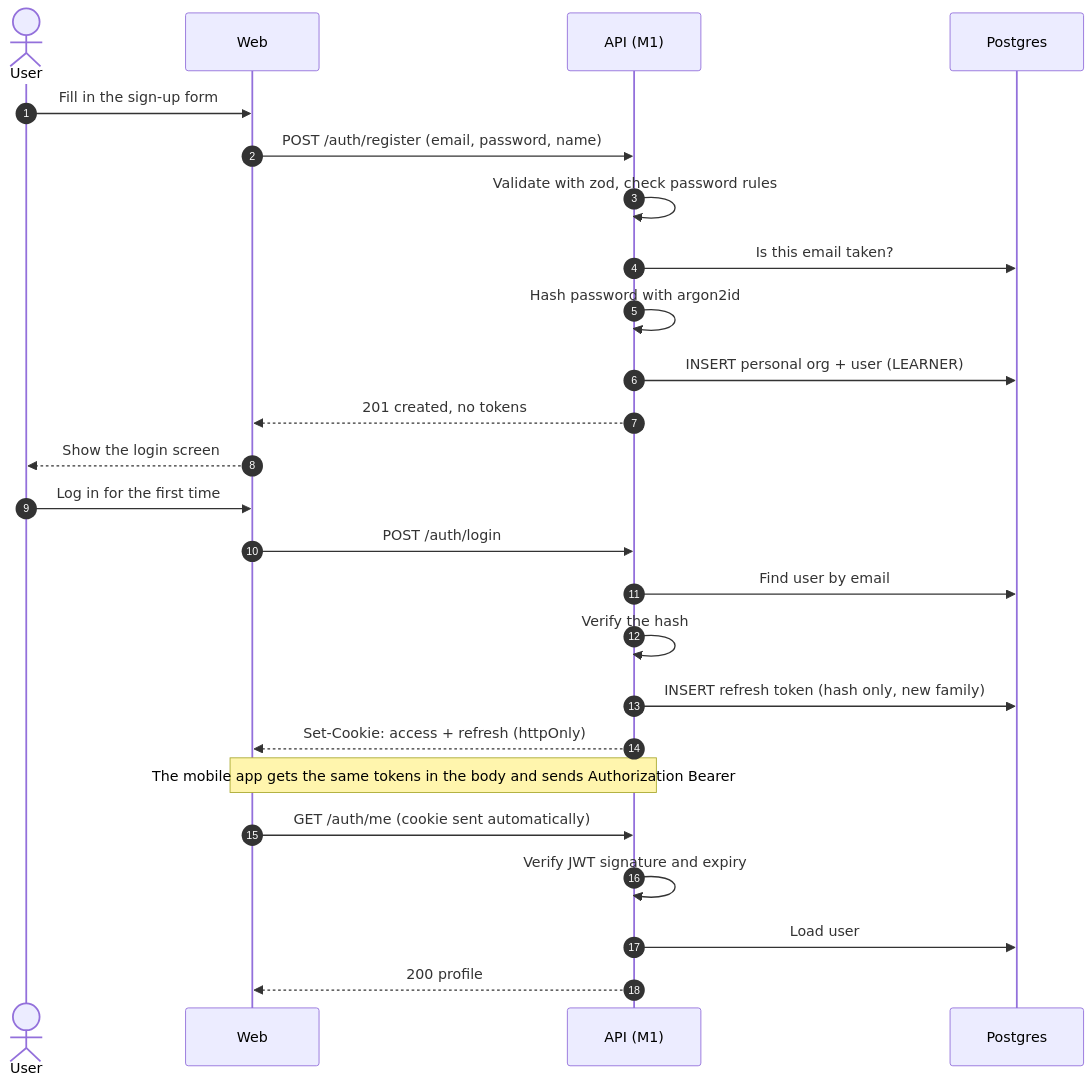
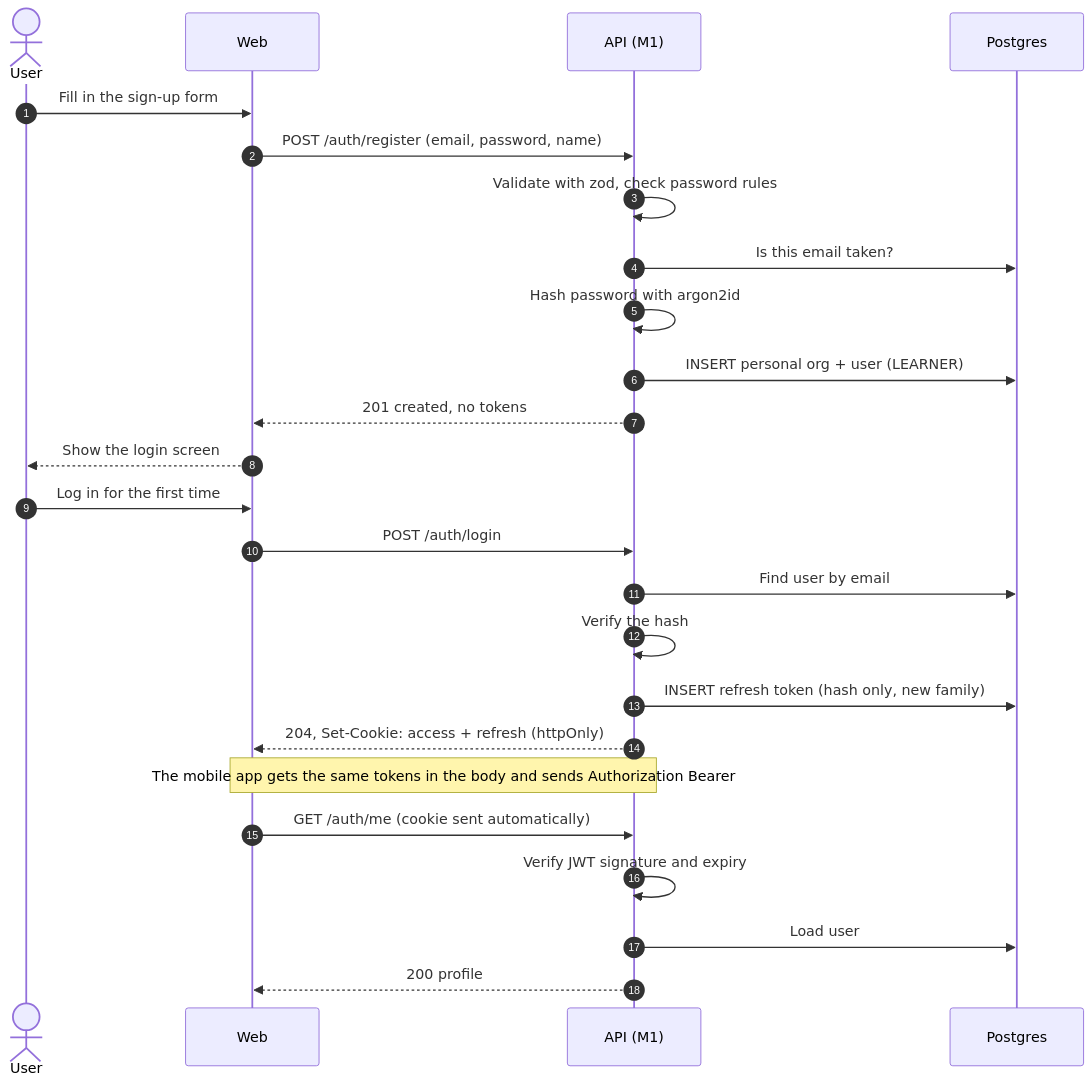
One commit to Nidanos/ai-tutor-platform changed diagram 19 of 32 in DOCS/phase-2/MP3-System-Design.md. Above: the diagram before and after it, drawn with Mermaid. The commit also changed other lines of this file, not shown here.

Commit message:
docs: sync Phase 2 design with built schema and auth contract

````diff
--- a/DOCS/phase-2/MP3-System-Design.md
+++ b/DOCS/phase-2/MP3-System-Design.md
@@ -1273,27 +1276,27 @@
 ```mermaid
 sequenceDiagram
   autonumber
   actor U as User
   participant W as Web
   participant A as API (M1)
   participant DB as Postgres
   U->>W: Fill in the sign-up form
   W->>A: POST /auth/register (email, password, name)
   A->>A: Validate with zod, check password rules
   A->>DB: Is this email taken?
   A->>A: Hash password with argon2id
   A->>DB: INSERT personal org + user (LEARNER)
   A-->>W: 201 created, no tokens
   W-->>U: Show the login screen
   U->>W: Log in for the first time
   W->>A: POST /auth/login
   A->>DB: Find user by email
   A->>A: Verify the hash
   A->>DB: INSERT refresh token (hash only, new family)
-  A-->>W: Set-Cookie: access + refresh (httpOnly)
+  A-->>W: 204, Set-Cookie: access + refresh (httpOnly)
   Note over W,A: The mobile app gets the same tokens in the body and sends Authorization Bearer
   W->>A: GET /auth/me (cookie sent automatically)
   A->>A: Verify JWT signature and expiry
   A->>DB: Load user
   A-->>W: 200 profile
 ```
````
